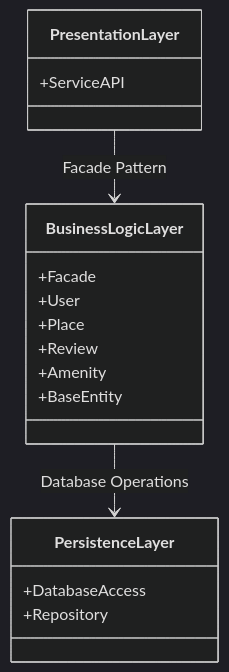
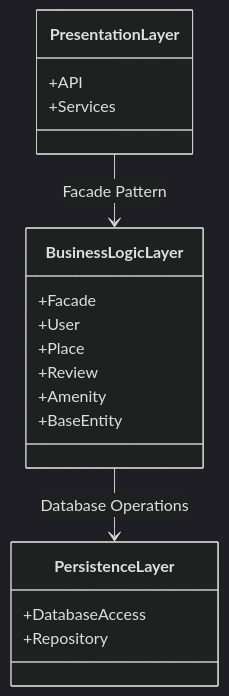
Before and after one commit to Fai-Web-Lab/holbertonschool-hbnb: the diagram in part1/High-Level_Package_Diagram.md, drawn with Mermaid (dark theme).

````diff
--- a/part1/High-Level_Package_Diagram.md
+++ b/part1/High-Level_Package_Diagram.md
@@ -38,21 +38,22 @@
 ```mermaid
 classDiagram
 class PresentationLayer {
-    +ServiceAPI
+    +API
+    +Services
 }
 class BusinessLogicLayer {
     +Facade
     +User
     +Place
     +Review
     +Amenity
     +BaseEntity
 }
 class PersistenceLayer {
     +DatabaseAccess
     +Repository
 }
 
 PresentationLayer --> BusinessLogicLayer : Facade Pattern
 BusinessLogicLayer --> PersistenceLayer : Database Operations
 ```
````
